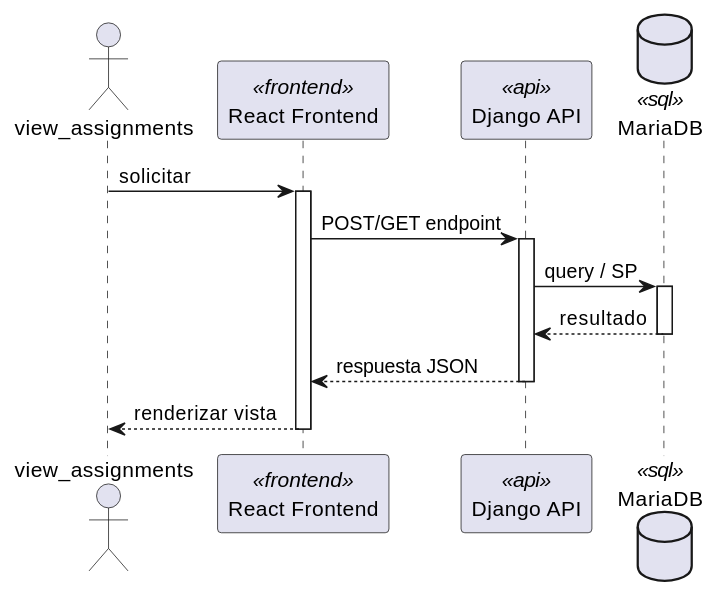
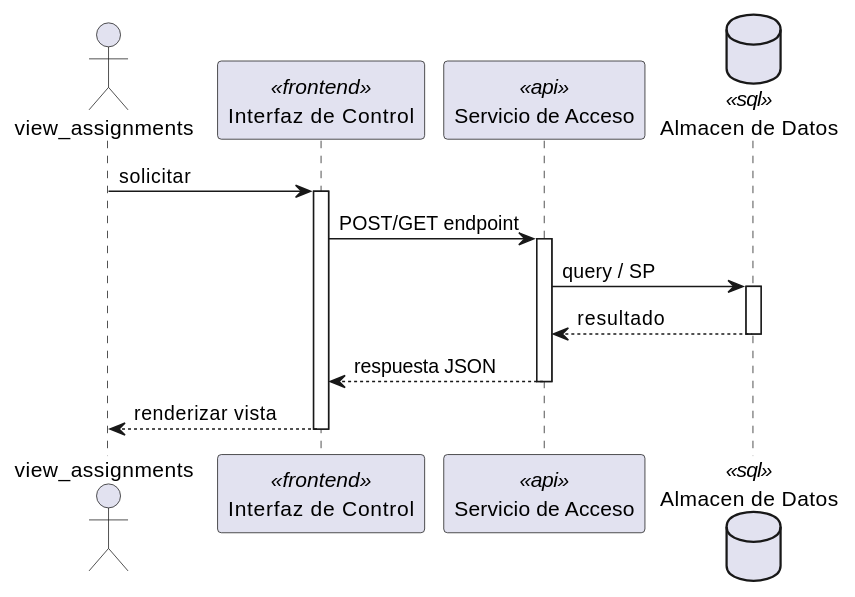
The first of 2 diagrams in source/arquitectura-tecnica/DesignView/acc-03.rst (jcg-admin/IACT-docs), drawn with PlantUML before and after one commit. The commit also changed other lines of this file and 243 other files, not shown here.

First line of the commit message:
Add missing diagrams and fix participant names across Kruchten views

```diff
--- a/source/arquitectura-tecnica/DesignView/acc-03.rst
+++ b/source/arquitectura-tecnica/DesignView/acc-03.rst
@@ -22,28 +22,28 @@
 .. uml::
  :caption: UC_ACC_03 — Design View (secuencia)
 
  @startuml
 
  actor "view_assignments" as view_assignments
- participant "React Frontend" as Frontend <<frontend>>
- participant "Django API" as APIServer <<api>>
- database "MariaDB" as BaseDatos <<sql>>
+ participant "Interfaz de Control" as Iface <<frontend>>
+ participant "Servicio de Acceso" as SvcNode <<api>>
+ database "Almacen de Datos" as Store <<sql>>
 
- view_assignments -> Frontend : solicitar
- activate Frontend
+ view_assignments -> Iface : solicitar
+ activate Iface
 
- Frontend -> APIServer : POST/GET endpoint
- activate APIServer
+ Iface -> SvcNode : POST/GET endpoint
+ activate SvcNode
 
- APIServer -> BaseDatos : query / SP
- activate BaseDatos
- BaseDatos --> APIServer : resultado
- deactivate BaseDatos
+ SvcNode -> Store : query / SP
+ activate Store
+ Store --> SvcNode : resultado
+ deactivate Store
 
- APIServer --> Frontend : respuesta JSON
- deactivate APIServer
+ SvcNode --> Iface : respuesta JSON
+ deactivate SvcNode
 
- Frontend --> view_assignments : renderizar vista
- deactivate Frontend
+ Iface --> view_assignments : renderizar vista
+ deactivate Iface
 
  @enduml
```
